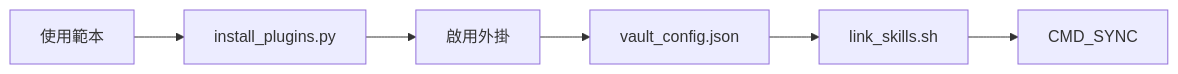
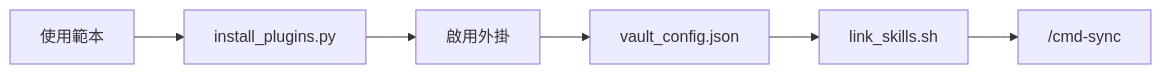
One commit to zelvet-velvet/agent-worklog-vault changed the sixth of 6 diagrams in README.zh-TW.md. Above: the diagram before and after it, drawn with Mermaid. The commit also changed other lines of this file and 16 other files, not shown here.

````diff
--- a/README.zh-TW.md
+++ b/README.zh-TW.md
@@ -121,4 +121,4 @@
 ```mermaid
 flowchart LR
-    A[使用範本] --> B[install_plugins.py] --> C[啟用外掛] --> D[vault_config.json] --> E[link_skills.sh] --> F[CMD_SYNC]
+    A[使用範本] --> B[install_plugins.py] --> C[啟用外掛] --> D[vault_config.json] --> E[link_skills.sh] --> F["/cmd-sync"]
 ```
````
